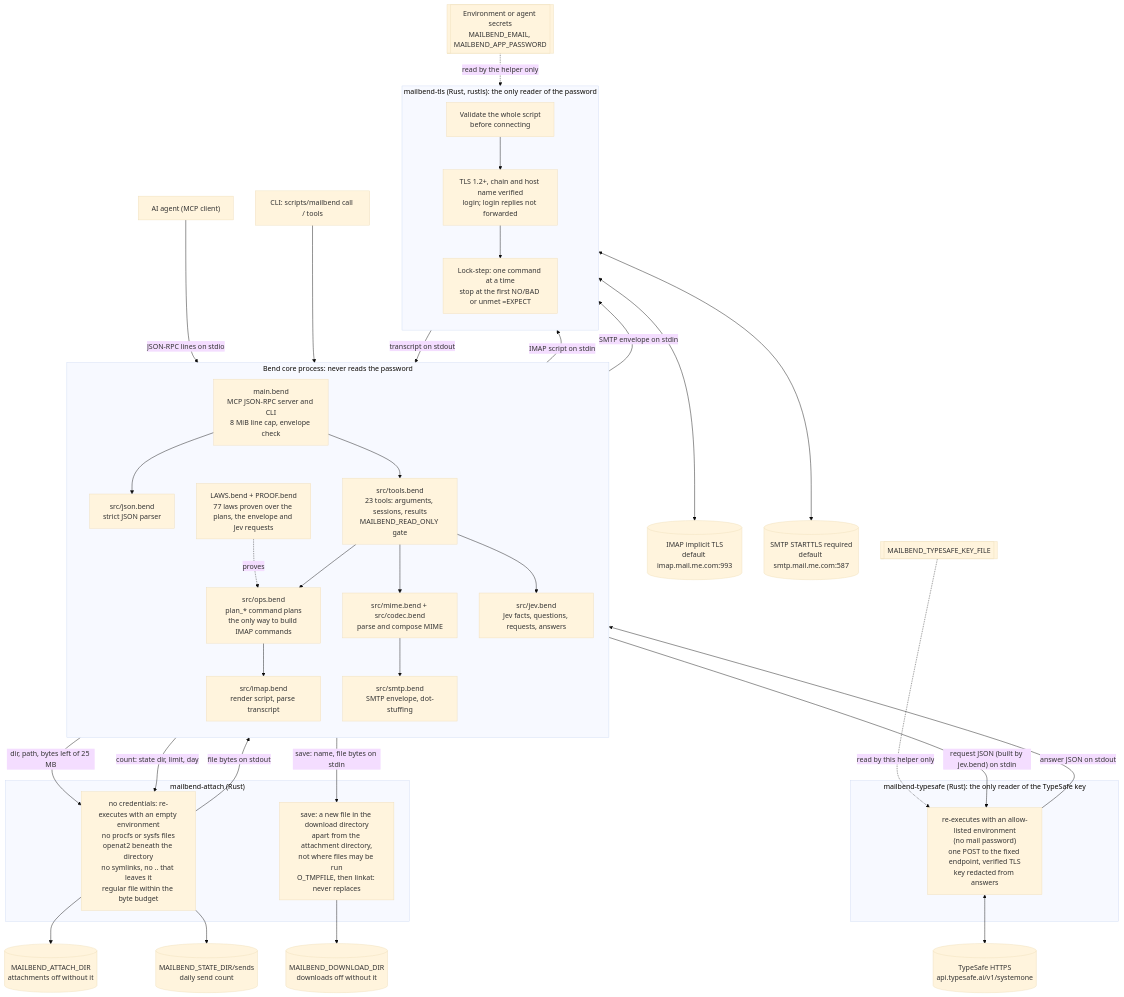
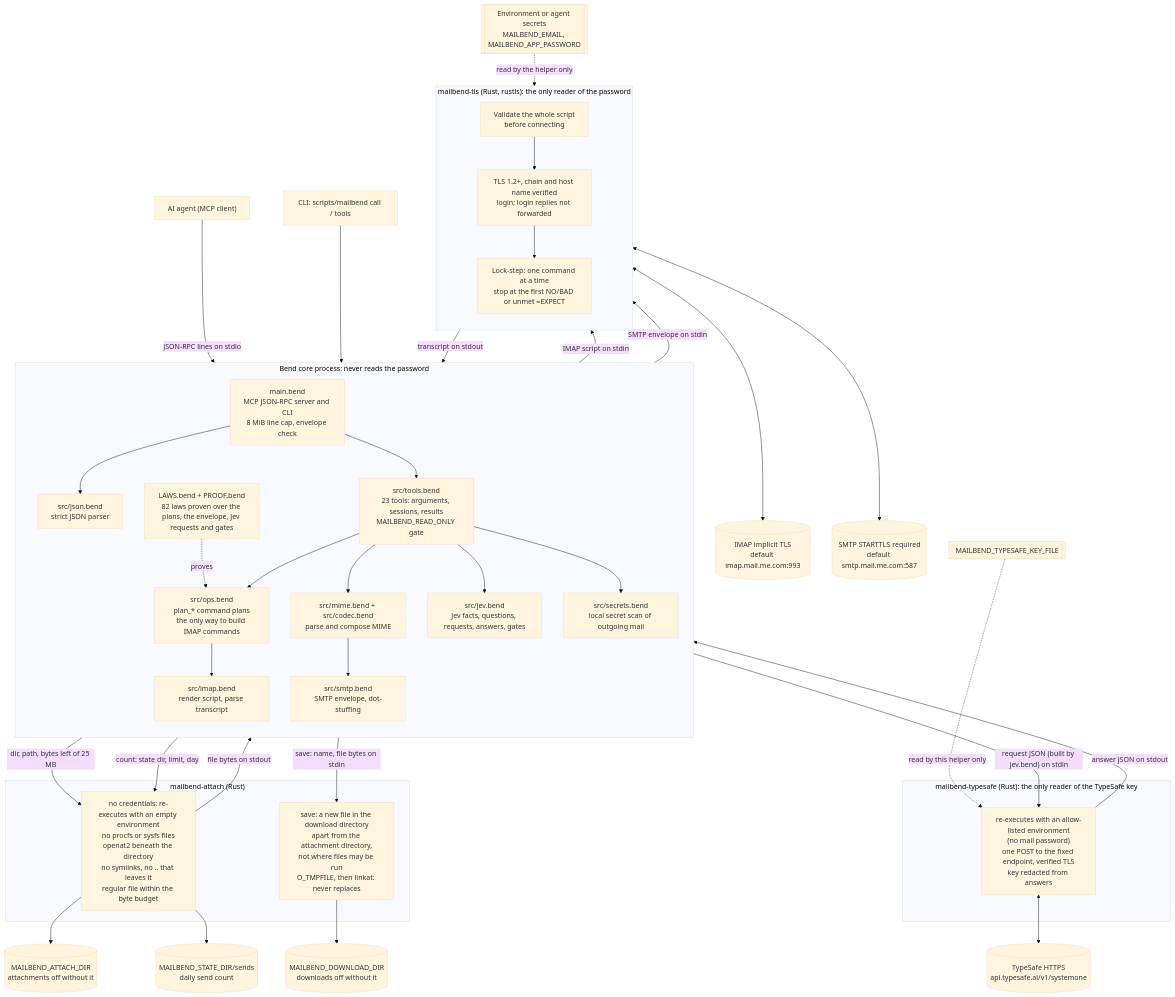
Before and after one commit to albertc71/MailBend: the first of 3 diagrams in docs/ARCHITECTURE.md, drawn with Mermaid (base theme). The commit also changed other lines of this file and 20 other files, not shown here.

````diff
--- a/docs/ARCHITECTURE.md
+++ b/docs/ARCHITECTURE.md
@@ -30,73 +30,75 @@
 ```mermaid
 flowchart TB
   agent["AI agent (MCP client)"]
   cli["CLI: scripts/mailbend call / tools"]
   env[["Environment or agent secrets<br/>MAILBEND_EMAIL, MAILBEND_APP_PASSWORD"]]
 
   subgraph core["Bend core process: never reads the password"]
     direction TB
     main["main.bend<br/>MCP JSON-RPC server and CLI<br/>8 MiB line cap, envelope check"]
     json["src/json.bend<br/>strict JSON parser"]
     tools["src/tools.bend<br/>23 tools: arguments, sessions, results<br/>MAILBEND_READ_ONLY gate"]
     ops["src/ops.bend<br/>plan_* command plans<br/>the only way to build IMAP commands"]
-    laws["LAWS.bend + PROOF.bend<br/>77 laws proven over the plans, the envelope and Jev requests"]
+    laws["LAWS.bend + PROOF.bend<br/>82 laws proven over the plans, the envelope, Jev requests and gates"]
     imap["src/imap.bend<br/>render script, parse transcript"]
     mime["src/mime.bend + src/codec.bend<br/>parse and compose MIME"]
     smtp["src/smtp.bend<br/>SMTP envelope, dot-stuffing"]
-    jevb["src/jev.bend<br/>Jev facts, questions, requests, answers"]
+    jevb["src/jev.bend<br/>Jev facts, questions, requests, answers, gates"]
+    secrets["src/secrets.bend<br/>local secret scan of outgoing mail"]
   end
 
   subgraph helper["mailbend-tls (Rust, rustls): the only reader of the password"]
     direction TB
     validate["Validate the whole script<br/>before connecting"]
     tls["TLS 1.2+, chain and host name verified<br/>login; login replies not forwarded"]
     lock["Lock-step: one command at a time<br/>stop at the first NO/BAD or unmet =EXPECT"]
   end
 
   subgraph reader["mailbend-attach (Rust)"]
     attach["no credentials: re-executes with an empty environment<br/>no procfs or sysfs files<br/>openat2 beneath the directory<br/>no symlinks, no .. that leaves it<br/>regular file within the byte budget"]
     save["save: a new file in the download directory<br/>apart from the attachment directory,<br/>not where files may be run<br/>O_TMPFILE, then linkat: never replaces"]
   end
 
   subgraph typesafe["mailbend-typesafe (Rust): the only reader of the TypeSafe key"]
     ask["re-executes with an allow-listed environment<br/>(no mail password)<br/>one POST to the fixed endpoint, verified TLS<br/>key redacted from answers"]
   end
 
   imapsrv[("IMAP implicit TLS<br/>default imap.mail.me.com:993")]
   smtpsrv[("SMTP STARTTLS required<br/>default smtp.mail.me.com:587")]
   files[("MAILBEND_ATTACH_DIR<br/>attachments off without it")]
   sends[("MAILBEND_STATE_DIR/sends<br/>daily send count")]
   downloads[("MAILBEND_DOWNLOAD_DIR<br/>downloads off without it")]
   tsapi[("TypeSafe HTTPS<br/>api.typesafe.ai/v1/systemone")]
   tskey[["MAILBEND_TYPESAFE_KEY_FILE"]]
 
   agent -- "JSON-RPC lines on stdio" --> main
   cli --> main
   main --> json
   main --> tools
   tools --> ops
   laws -. "proves" .-> ops
   ops --> imap
   tools --> mime
   mime --> smtp
   imap -- "IMAP script on stdin" --> validate
   smtp -- "SMTP envelope on stdin" --> validate
   validate --> tls
   tls --> lock
   lock <--> imapsrv
   lock <--> smtpsrv
   lock -- "transcript on stdout" --> imap
   tools -- "dir, path, bytes left of 25 MB" --> attach
   attach --> files
   attach -- "file bytes on stdout" --> tools
   tools -- "count: state dir, limit, day" --> attach
   attach --> sends
   tools -- "save: name, file bytes on stdin" --> save
   save --> downloads
   tools --> jevb
+  tools --> secrets
   tools -- "request JSON (built by jev.bend) on stdin" --> ask
   ask -- "answer JSON on stdout" --> tools
   ask <--> tsapi
   env -. "read by the helper only" .-> tls
   tskey -. "read by this helper only" .-> ask
 ```
````
